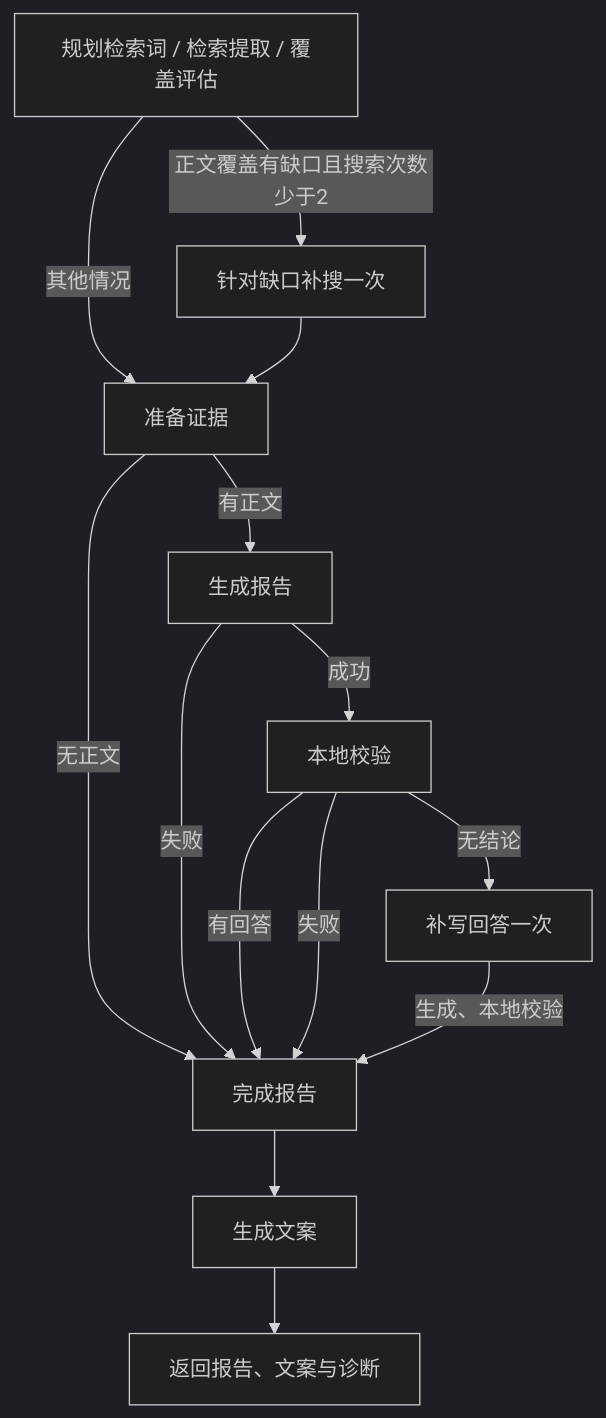
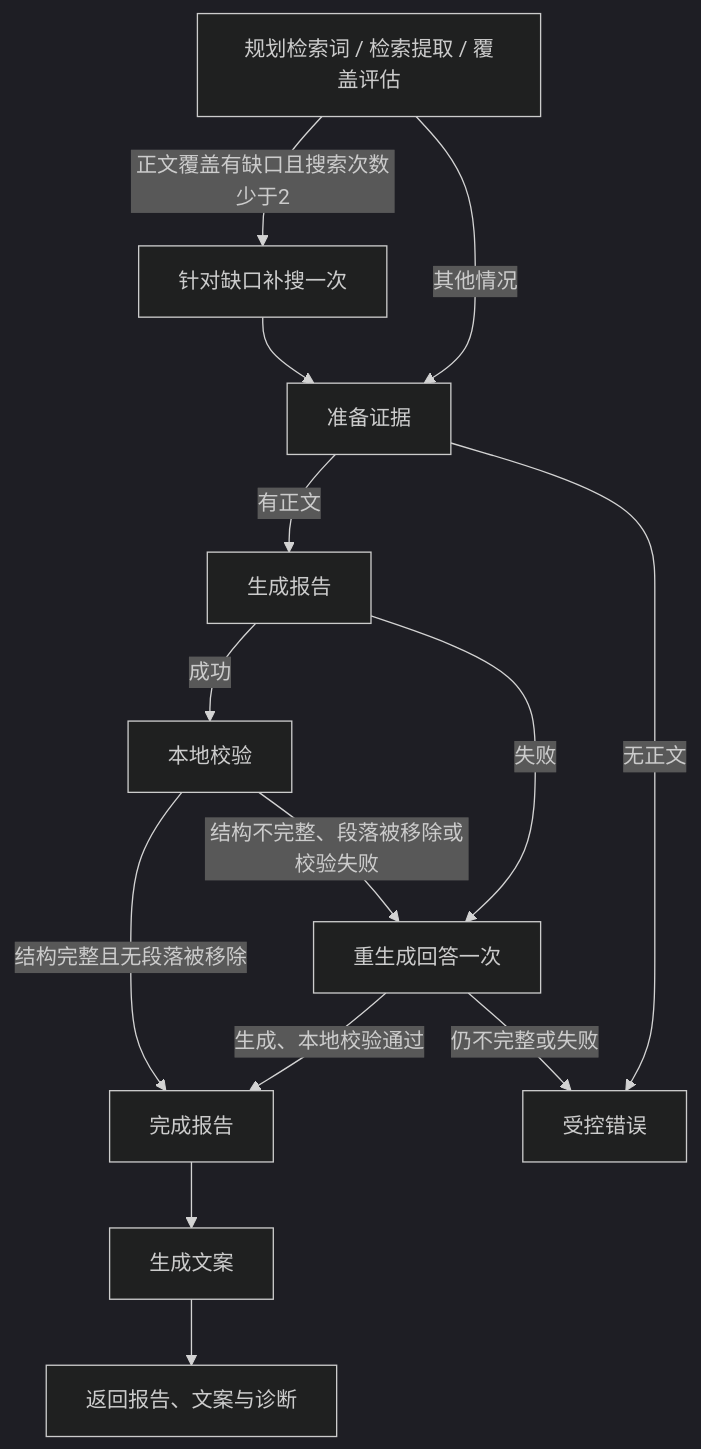
The second of 2 diagrams in docs/architecture.md (plustiti2022-cell/insight-to-post), drawn with Mermaid (dark theme) before and after one commit. The commit also changed other lines of this file and 15 other files, not shown here.

````diff
--- a/docs/architecture.md
+++ b/docs/architecture.md
@@ -56,16 +56,16 @@
 ```mermaid
 flowchart TD
   search[规划检索词 / 检索提取 / 覆盖评估] -->|正文覆盖有缺口且搜索次数少于2| supplement[针对缺口补搜一次]
   search -->|其他情况| evidence[准备证据]
   supplement --> evidence
   evidence -->|有正文| generate[生成报告]
-  evidence -->|无正文| complete[完成报告]
+  evidence -->|无正文| failure[受控错误]
   generate -->|成功| validate[本地校验]
-  generate -->|失败| complete
-  validate -->|有回答| complete
-  validate -->|无结论| recover[补写回答一次]
-  validate -->|失败| complete
-  recover -->|生成、本地校验| complete
+  generate -->|失败| recover[重生成回答一次]
+  validate -->|结构完整且无段落被移除| complete[完成报告]
+  validate -->|结构不完整、段落被移除或校验失败| recover
+  recover -->|生成、本地校验通过| complete
+  recover -->|仍不完整或失败| failure
   complete --> social[生成文案]
   social --> finish[返回报告、文案与诊断]
 ```
````
